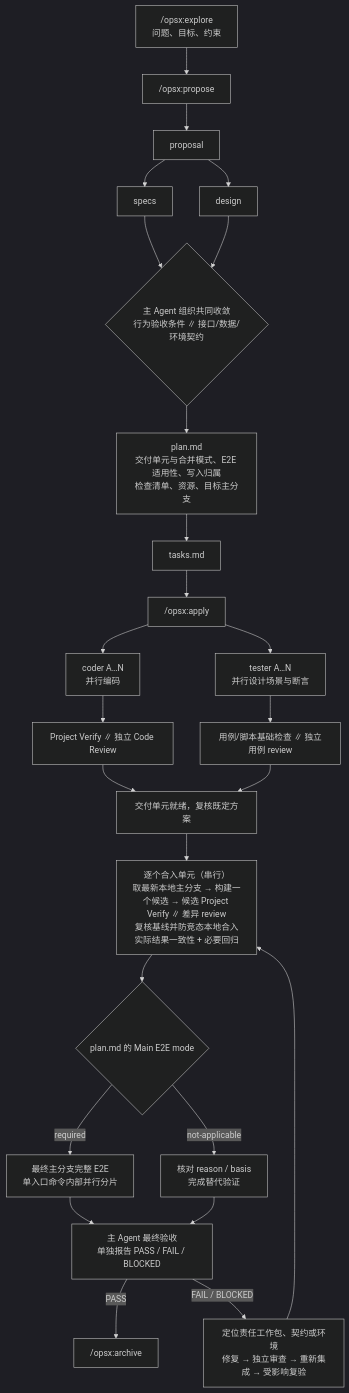
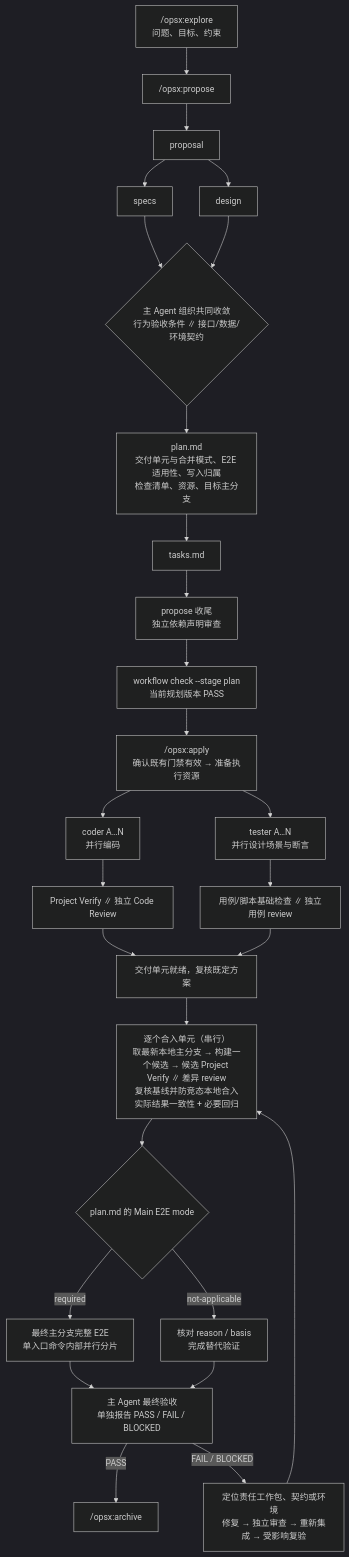
The diagram in openspec/schemas/agentic/README.md (lindongfang/acp-remote), drawn with Mermaid (dark theme) before and after one commit. The commit also changed other lines of this file and 19 other files, not shown here.

````diff
--- a/openspec/schemas/agentic/README.md
+++ b/openspec/schemas/agentic/README.md
@@ -80,27 +80,29 @@
 ```mermaid
 flowchart TD
   E["/opsx:explore<br/>问题、目标、约束"] --> P["/opsx:propose"]
   P --> PROP[proposal]
   PROP --> SP[specs]
   PROP --> DE[design]
   SP --> CONV{"主 Agent 组织共同收敛<br/>行为验收条件 ∥ 接口/数据/环境契约"}
   DE --> CONV
   CONV --> PLAN["plan.md<br/>交付单元与合并模式、E2E 适用性、写入归属<br/>检查清单、资源、目标主分支"]
   PLAN --> TASKS[tasks.md]
-  TASKS --> AP["/opsx:apply"]
+  TASKS --> DR["propose 收尾<br/>独立依赖声明审查"]
+  DR --> PC["workflow check --stage plan<br/>当前规划版本 PASS"]
+  PC --> AP["/opsx:apply<br/>确认既有门禁有效 → 准备执行资源"]
   AP --> IMPL["coder A…N<br/>并行编码"]
   AP --> TEST["tester A…N<br/>并行设计场景与断言"]
   IMPL --> V1["Project Verify ∥ 独立 Code Review"]
   TEST --> V2["用例/脚本基础检查 ∥ 独立用例 review"]
   V1 --> UNIT[交付单元就绪，复核既定方案]
   V2 --> UNIT
   UNIT --> LOOP["逐个合入单元（串行）<br/>取最新本地主分支 → 构建一个候选 → 候选 Project Verify ∥ 差异 review<br/>复核基线并防竞态本地合入<br/>实际结果一致性 + 必要回归"]
   LOOP --> MODE{"plan.md 的 Main E2E mode"}
   MODE -->|required| E2E["最终主分支完整 E2E<br/>单入口命令内部并行分片"]
   MODE -->|not-applicable| ALT["核对 reason / basis<br/>完成替代验证"]
   E2E --> FINAL["主 Agent 最终验收<br/>单独报告 PASS / FAIL / BLOCKED"]
   ALT --> FINAL
   FINAL -->|PASS| ARCH["/opsx:archive"]
   FINAL -->|FAIL / BLOCKED| FIX["定位责任工作包、契约或环境<br/>修复 → 独立审查 → 重新集成 → 受影响复验"]
   FIX --> LOOP
 ```
````
